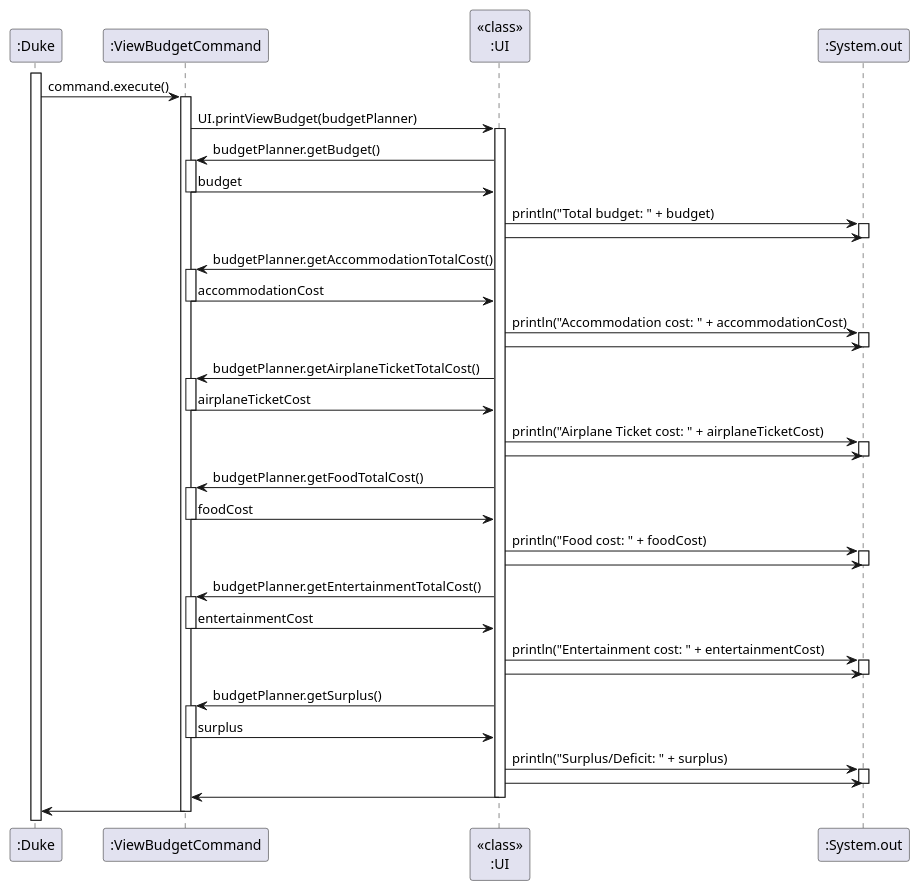
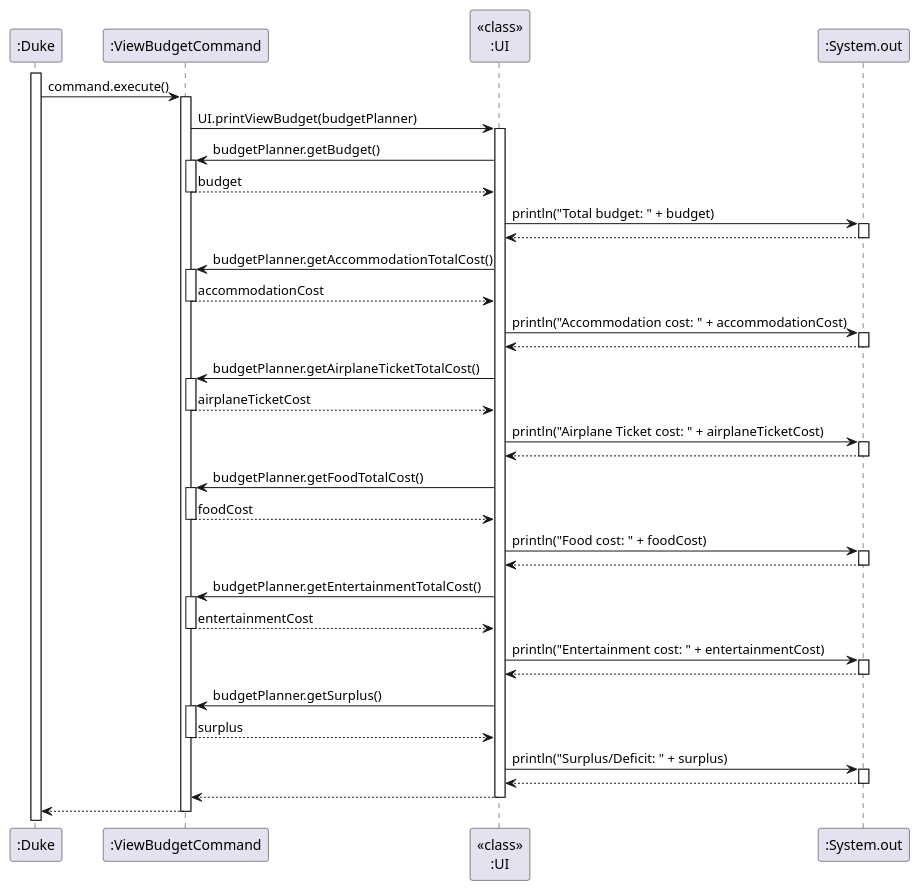
One commit to nus-cs2113-AY2223S2/tp changed the diagram in docs/diagrams/budget/ViewBudgetCommand.puml. Above: the diagram before and after it, drawn with PlantUML. The commit also changed 5 other files, not shown here.

```diff
--- a/docs/diagrams/budget/ViewBudgetCommand.puml
+++ b/docs/diagrams/budget/ViewBudgetCommand.puml
@@ -1,63 +1,63 @@
 @startuml
 'https://plantuml.com/sequence-diagram
 activate ":Duke"
 ":Duke" -> ":ViewBudgetCommand" : command.execute()
 activate ":ViewBudgetCommand"
 ":ViewBudgetCommand" -> "<<class>>\n:UI" : UI.printViewBudget(budgetPlanner)
 activate "<<class>>\n:UI"
 ":ViewBudgetCommand" <- "<<class>>\n:UI" : budgetPlanner.getBudget()
 activate ":ViewBudgetCommand"
-":ViewBudgetCommand" -> "<<class>>\n:UI" : budget
+":ViewBudgetCommand" --> "<<class>>\n:UI" : budget
 deactivate ":ViewBudgetCommand"
 "<<class>>\n:UI" -> ":System.out" : println("Total budget: " + budget)
 activate ":System.out"
-"<<class>>\n:UI" -> ":System.out"
+"<<class>>\n:UI" <-- ":System.out"
 deactivate ":System.out"
 ":ViewBudgetCommand" <- "<<class>>\n:UI" : budgetPlanner.getAccommodationTotalCost()
 activate ":ViewBudgetCommand"
-":ViewBudgetCommand" -> "<<class>>\n:UI" : accommodationCost
+":ViewBudgetCommand" --> "<<class>>\n:UI" : accommodationCost
 deactivate ":ViewBudgetCommand"
 "<<class>>\n:UI" -> ":System.out" : println("Accommodation cost: " + accommodationCost)
 activate ":System.out"
-"<<class>>\n:UI" -> ":System.out"
+"<<class>>\n:UI" <-- ":System.out"
 deactivate ":System.out"
 ":ViewBudgetCommand" <- "<<class>>\n:UI" : budgetPlanner.getAirplaneTicketTotalCost()
 activate ":ViewBudgetCommand"
-":ViewBudgetCommand" -> "<<class>>\n:UI" : airplaneTicketCost
+":ViewBudgetCommand" --> "<<class>>\n:UI" : airplaneTicketCost
 deactivate ":ViewBudgetCommand"
 "<<class>>\n:UI" -> ":System.out" : println("Airplane Ticket cost: " + airplaneTicketCost)
 activate ":System.out"
-"<<class>>\n:UI" -> ":System.out"
+"<<class>>\n:UI" <-- ":System.out"
 deactivate ":System.out"
 
 ":ViewBudgetCommand" <- "<<class>>\n:UI" : budgetPlanner.getFoodTotalCost()
 activate ":ViewBudgetCommand"
-":ViewBudgetCommand" -> "<<class>>\n:UI" : foodCost
+":ViewBudgetCommand" --> "<<class>>\n:UI" : foodCost
 deactivate ":ViewBudgetCommand"
 "<<class>>\n:UI" -> ":System.out" : println("Food cost: " + foodCost)
 activate ":System.out"
-"<<class>>\n:UI" -> ":System.out"
+"<<class>>\n:UI" <-- ":System.out"
 deactivate ":System.out"
 
 ":ViewBudgetCommand" <- "<<class>>\n:UI" : budgetPlanner.getEntertainmentTotalCost()
 activate ":ViewBudgetCommand"
-":ViewBudgetCommand" -> "<<class>>\n:UI" : entertainmentCost
+":ViewBudgetCommand" --> "<<class>>\n:UI" : entertainmentCost
 deactivate ":ViewBudgetCommand"
 "<<class>>\n:UI" -> ":System.out" : println("Entertainment cost: " + entertainmentCost)
 activate ":System.out"
-"<<class>>\n:UI" -> ":System.out"
+"<<class>>\n:UI" <-- ":System.out"
 deactivate ":System.out"
 
 ":ViewBudgetCommand" <- "<<class>>\n:UI" : budgetPlanner.getSurplus()
 activate ":ViewBudgetCommand"
-":ViewBudgetCommand" -> "<<class>>\n:UI" : surplus
+":ViewBudgetCommand" --> "<<class>>\n:UI" : surplus
 deactivate ":ViewBudgetCommand"
 "<<class>>\n:UI" -> ":System.out" : println("Surplus/Deficit: " + surplus)
 activate ":System.out"
-"<<class>>\n:UI" -> ":System.out"
+"<<class>>\n:UI" <-- ":System.out"
 deactivate ":System.out"
-"<<class>>\n:UI" -> ":ViewBudgetCommand"
+"<<class>>\n:UI" --> ":ViewBudgetCommand"
 deactivate "<<class>>\n:UI"
-":ViewBudgetCommand" -> ":Duke"
+":ViewBudgetCommand" --> ":Duke"
 deactivate ":ViewBudgetCommand"
 @enduml
```
